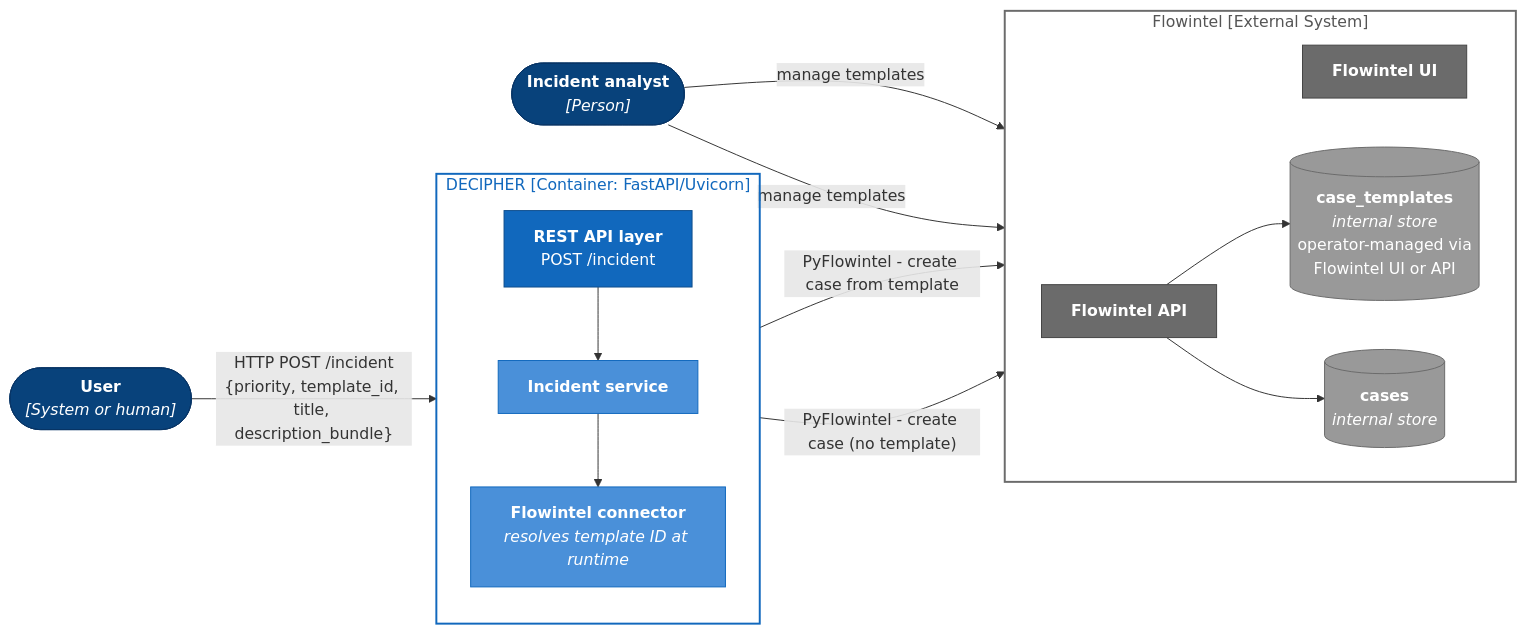
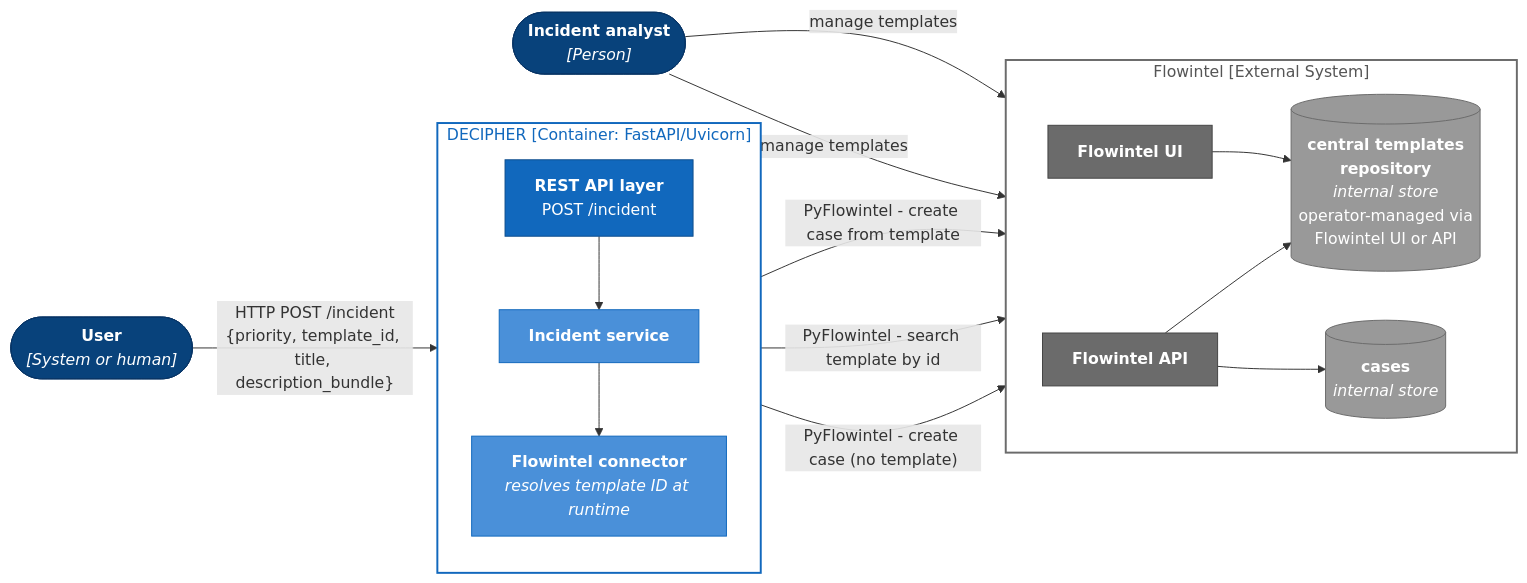
One commit to AbstractionsLab/satrap-dl changed the diagram in docs/specs/ARC/ARC-011.md. Above: the diagram before and after it, drawn with Mermaid. The commit also changed other lines of this file and 150 other files, not shown here.

````diff
--- a/docs/specs/ARC/ARC-011.md
+++ b/docs/specs/ARC/ARC-011.md
@@ -61,43 +26,45 @@
 ```mermaid
 %% Flowintel is the authoritative template store; DECIPHER queries it at runtime
 
 flowchart LR
     analyst(["<b>User</b><br/><i>[System or human]</i>"]):::user
     incident_resp(["<b>Incident analyst</b><br/><i>[Person]</i>"]):::user
 
     subgraph decipher["DECIPHER  [Container: FastAPI/Uvicorn]"]
         direction TB
         api["<b>REST API layer</b><br/>POST /incident"]
         incident["<b>Incident service</b>"]
         connector["<b>Flowintel connector</b><br/><i>resolves template ID at runtime</i>"]
         incident --> connector
     end
 
     subgraph flowintel_boundary["Flowintel  [External System]"]
         direction LR
         fl_gui["<b>Flowintel UI</b>"]:::fl_ui
         fl_api["<b>Flowintel API</b>"]:::fl_ui
-        fl_templates[("<b>case_templates</b><br/><i>internal store</i><br/>operator-managed via<br/>Flowintel UI or API")]
+        fl_templates[("<b>central templates<br/> repository</b><br/><i>internal store</i><br/>operator-managed via<br/>Flowintel UI or API")]
         fl_cases[("<b>cases</b><br/><i>internal store</i>")]
+        fl_gui --> fl_templates
         fl_api --> fl_templates
         fl_api --> fl_cases
     end
 
     analyst  -->|"HTTP POST /incident<br/>{priority, template_id, title, description_bundle}"| api
     incident_resp  -->|"manage templates"| fl_api
     incident_resp  -->|"manage templates"| fl_gui
     api      --> incident
     connector -->|"PyFlowintel - create case from template"| fl_api
+    connector -->|"PyFlowintel - search template by id"| fl_api
     connector -->|"PyFlowintel - create case (no template)"| fl_api
 
     style decipher           fill:transparent,stroke:#1168bd,stroke-width:2px,color:#1168bd
     style flowintel_boundary fill:transparent,stroke:#6b6b6b,stroke-width:2px,color:#555
     style api                fill:#1168bd,color:#fff,stroke:#0e4d8c
     style incident           fill:#4a90d9,color:#fff,stroke:#1168bd
     style connector          fill:#4a90d9,color:#fff,stroke:#1168bd
     style fl_templates       fill:#999,color:#fff,stroke:#6b6b6b
     style fl_cases           fill:#999,color:#fff,stroke:#6b6b6b
 
     classDef user fill:#08427b,color:#fff,stroke:#083566
     classDef fl_ui fill:#6b6b6b,color:#fff,stroke:#444
 ```
````
